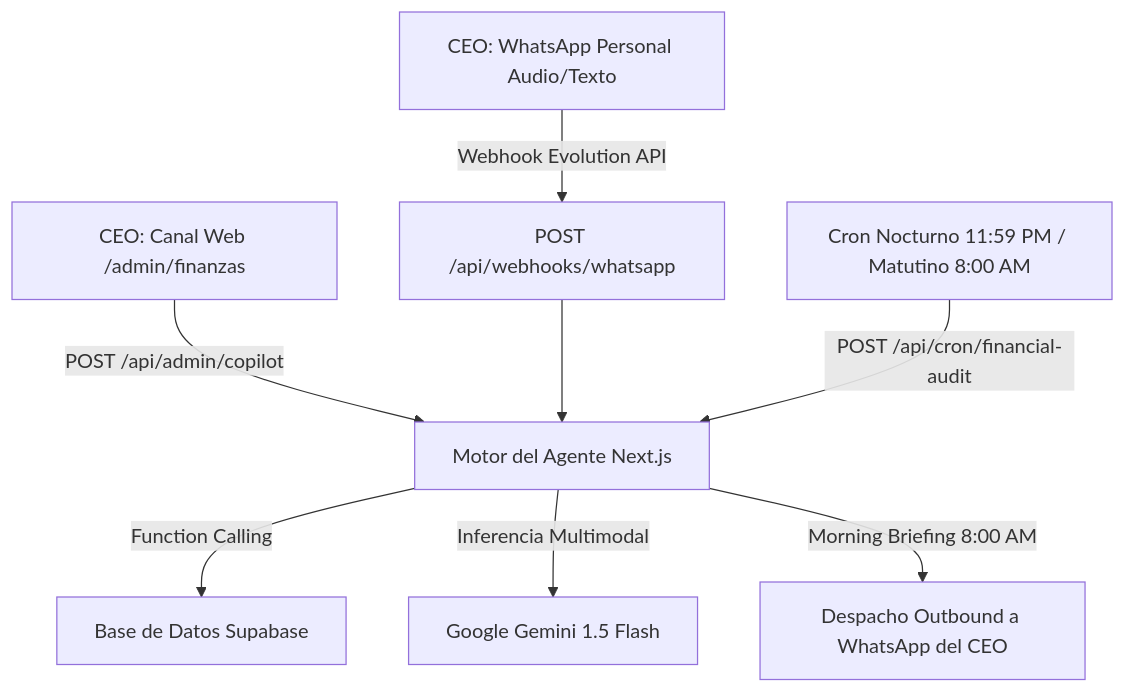
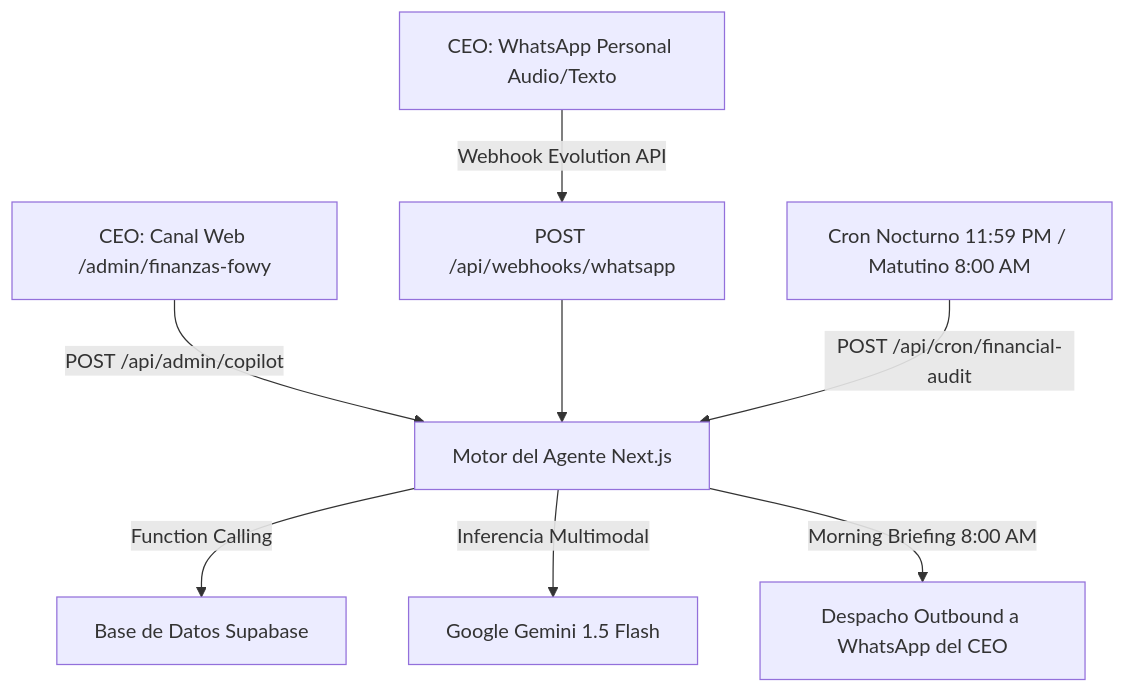
One commit to dacribelservice/fowy changed the diagram in Markdown/Contabilidad/AGENTE.md. Above: the diagram before and after it, drawn with Mermaid. The commit also changed other lines of this file and 5 other files, not shown here.

````diff
--- a/Markdown/Contabilidad/AGENTE.md
+++ b/Markdown/Contabilidad/AGENTE.md
@@ -28,10 +28,10 @@
 ```mermaid
 graph TD
-    A[CEO: Canal Web /admin/finanzas] -->|POST /api/admin/copilot| D[Motor del Agente Next.js]
+    A[CEO: Canal Web /admin/finanzas-fowy] -->|POST /api/admin/copilot| D[Motor del Agente Next.js]
     B[CEO: WhatsApp Personal Audio/Texto] -->|Webhook Evolution API| E[POST /api/webhooks/whatsapp]
     E --> D
     C[Cron Nocturno 11:59 PM / Matutino 8:00 AM] -->|POST /api/cron/financial-audit| D
     D -->|Function Calling| F[Base de Datos Supabase]
     D -->|Inferencia Multimodal| G[Google Gemini 1.5 Flash]
     D -->|Morning Briefing 8:00 AM| H[Despacho Outbound a WhatsApp del CEO]
 ```
````
